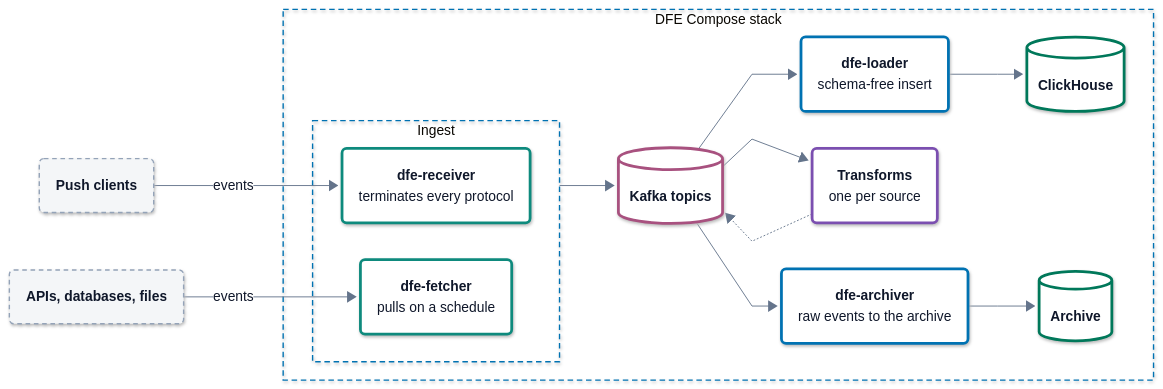
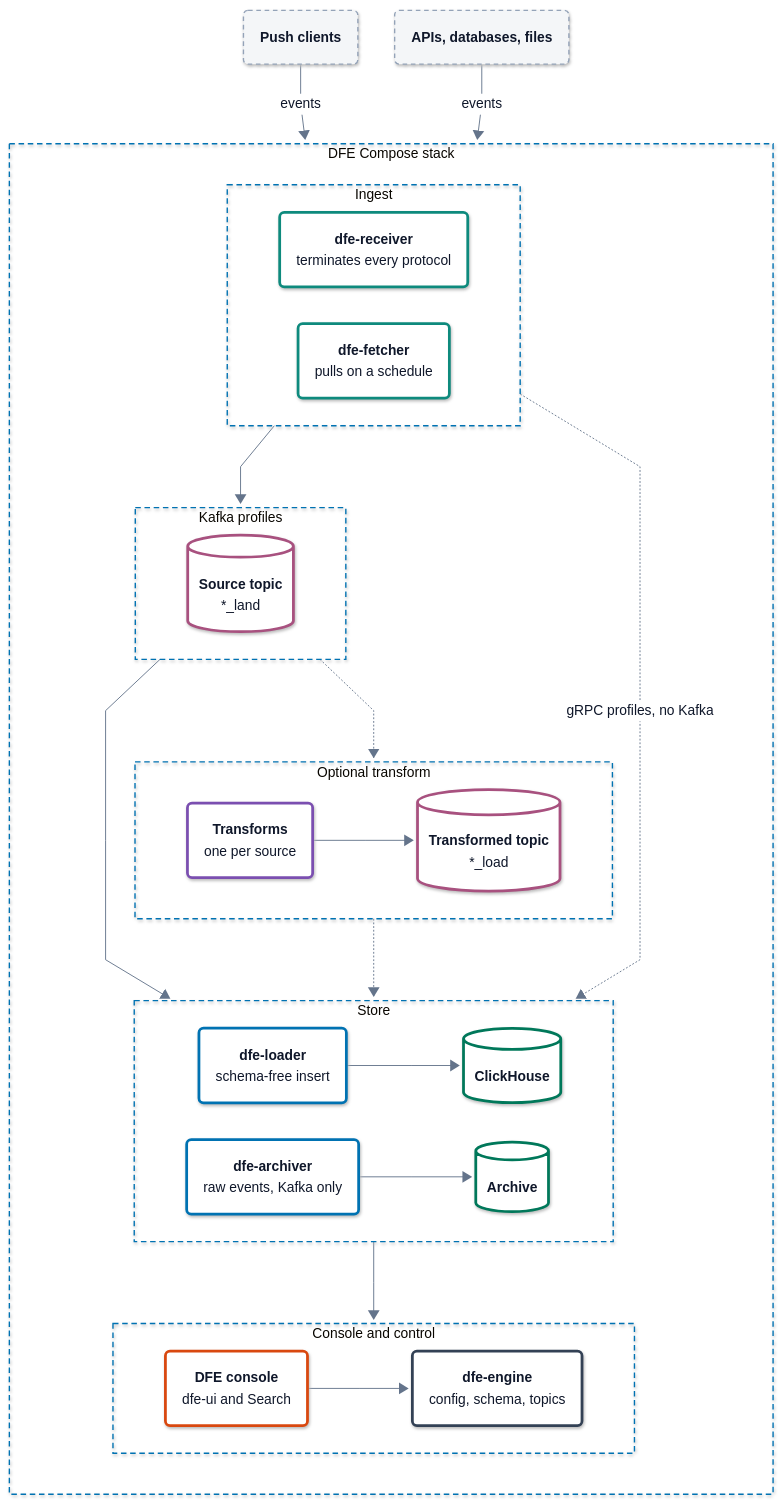
One commit to hyperi-io/dfe-docker changed the diagram in docs/architecture.md. Above: the diagram before and after it, drawn with Mermaid. The commit also changed other lines of this file and 7 other files, not shown here.

First line of the commit message:
docs(architecture): align architecture.md with the page standard (#421)

````diff
--- a/docs/architecture.md
+++ b/docs/architecture.md
@@ -70,42 +58,60 @@
     .ui .label-icon{color:#D9480F}
     .ext .label-icon{color:#64748B}
 ---
-flowchart LR
+flowchart TB
     accTitle: L2 Services -- DFE Compose stack
-    accDescr: Push clients send events to dfe-receiver and dfe-fetcher pulls them from APIs, databases and files. Both produce to Kafka topics. dfe-loader reads the topics and writes ClickHouse, dfe-archiver writes each source's raw events to its archive, and a transform reads a source's topic and writes the transformed topic the loader then reads.
-
+    accDescr: Push clients send events to dfe-receiver and dfe-fetcher pulls them from APIs, databases and files. On a Kafka profile both produce to a source topic, an optional transform per source reads it and writes a transformed topic the loader reads instead, dfe-loader writes ClickHouse and dfe-archiver writes each source's raw events to its archive. On a gRPC profile the receiver sends straight to the loader. The DFE console and dfe-engine run beside the data path.
     push("<b>Push clients</b>")
     pull("<b>APIs, databases, files</b>")
-
     subgraph stack["DFE Compose stack"]
+        direction TB
         subgraph ingestgrp["Ingest"]
+            direction LR
             receiver("<b>dfe-receiver</b><br/><span>terminates every protocol</span>")
             fetcher("<b>dfe-fetcher</b><br/><span>pulls on a schedule</span>")
         end
-        topics[("<b>Kafka topics</b>")]
-        loader("<b>dfe-loader</b><br/><span>schema-free insert</span>")
-        transforms("<b>Transforms</b><br/><span>one per source</span>")
-        archiver("<b>dfe-archiver</b><br/><span>raw events to the archive</span>")
-        ch[("<b>ClickHouse</b>")]
-        archive[("<b>Archive</b>")]
+        subgraph busgrp["Kafka profiles"]
+            direction LR
+            topics[("<b>Source topic</b><br/><span>*_land</span>")]
+        end
+        subgraph xfgrp["Optional transform"]
+            direction LR
+            transforms("<b>Transforms</b><br/><span>one per source</span>")
+            loadtopic[("<b>Transformed topic</b><br/><span>*_load</span>")]
+            transforms --> loadtopic
+        end
+        subgraph storegrp["Store"]
+            direction LR
+            loader("<b>dfe-loader</b><br/><span>schema-free insert</span>")
+            ch[("<b>ClickHouse</b>")]
+            archiver("<b>dfe-archiver</b><br/><span>raw events, Kafka only</span>")
+            archive[("<b>Archive</b>")]
+            loader --> ch
+            archiver --> archive
+        end
+        subgraph ctlgrp["Console and control"]
+            direction LR
+            console("<b>DFE console</b><br/><span>dfe-ui and Search</span>")
+            engine("<b>dfe-engine</b><br/><span>config, schema, topics</span>")
+            console --> engine
+        end
+        ingestgrp --> busgrp
+        busgrp --> storegrp
+        busgrp -.-> xfgrp
+        xfgrp -.-> storegrp
+        ingestgrp -.->|gRPC profiles, no Kafka| storegrp
+        storegrp --> ctlgrp
     end
-
-    push -->|events| receiver
-    pull -->|events| fetcher
-    ingestgrp --> topics
-    topics --> loader
-    topics --> transforms
-    topics --> archiver
-    loader --> ch
-    archiver --> archive
-    transforms -.-> topics
-
+    push -->|events| stack
+    pull -->|events| stack
     class push,pull ext
     class receiver,fetcher ingest
-    class topics bus
+    class topics,loadtopic bus
     class loader,archiver load
     class transforms xform
     class ch,archive store
+    class console ui
+    class engine control
   classDef ext fill:#F4F6F8,stroke:#94A3B8,stroke-width:1.5px,stroke-dasharray:5 4,color:#0F172A
   classDef ingest fill:#FFFFFF,stroke:#0E8A7D,stroke-width:3px,color:#0F172A
   classDef xform fill:#FFFFFF,stroke:#7B4FB0,stroke-width:3px,color:#0F172A
@@ -119,4 +125,8 @@
   classDef part fill:#FFFFFF,stroke:#94A3B8,stroke-width:1.5px,color:#0F172A
   style stack fill:none,stroke:#0072B2,stroke-width:1.5px,stroke-dasharray:6 4
   style ingestgrp fill:none,stroke:#0072B2,stroke-width:1.5px,stroke-dasharray:6 4
+  style busgrp fill:none,stroke:#0072B2,stroke-width:1.5px,stroke-dasharray:6 4
+  style xfgrp fill:none,stroke:#0072B2,stroke-width:1.5px,stroke-dasharray:6 4
+  style storegrp fill:none,stroke:#0072B2,stroke-width:1.5px,stroke-dasharray:6 4
+  style ctlgrp fill:none,stroke:#0072B2,stroke-width:1.5px,stroke-dasharray:6 4
 ```
````
